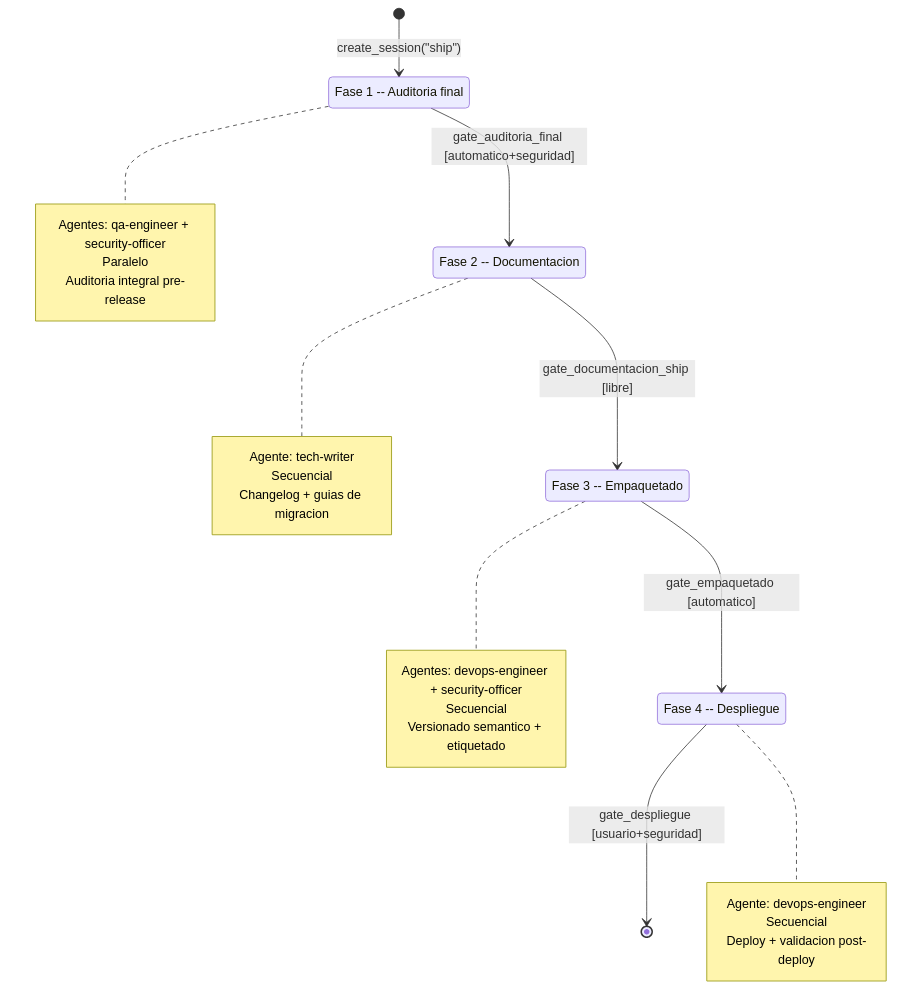
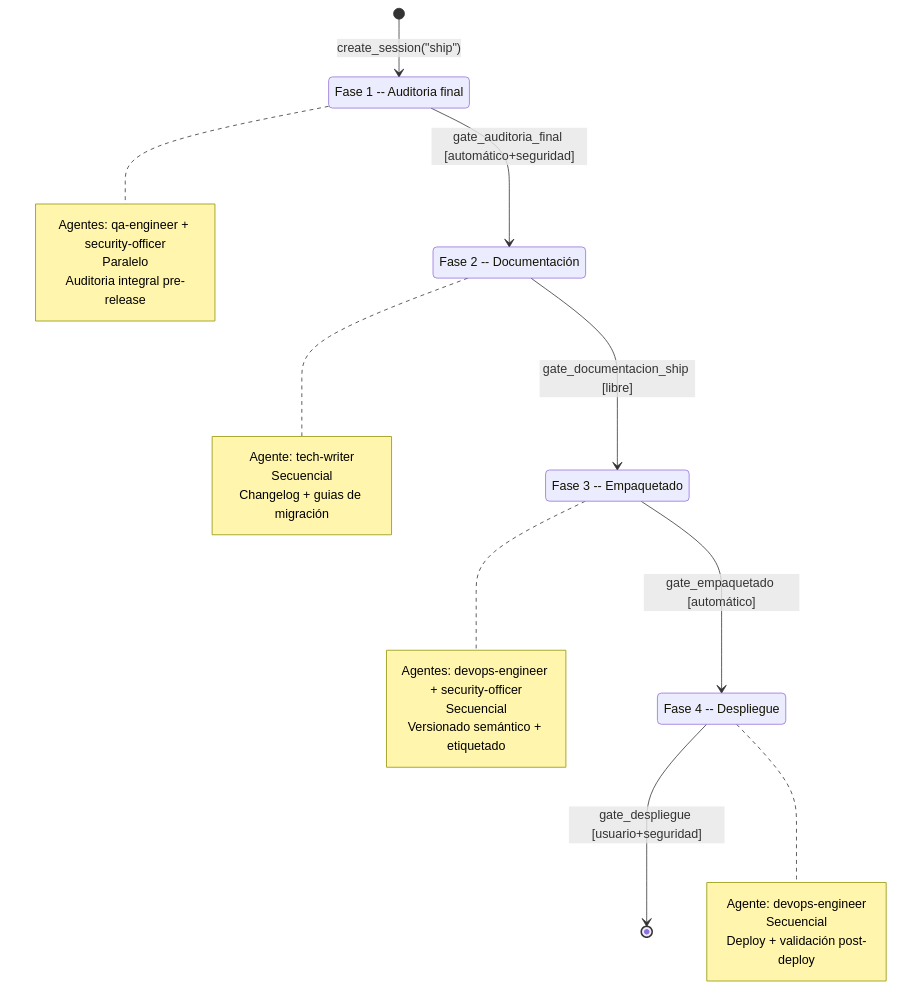
One commit to 686f6c61/alfred-dev changed the fifth of 6 diagrams in docs/flows.md. Above: the diagram before and after it, drawn with Mermaid. The commit also changed other lines of this file and 93 other files, not shown here.

````diff
--- a/docs/flows.md
+++ b/docs/flows.md
@@ -456,40 +456,40 @@
 ```mermaid
 stateDiagram-v2
     direction TB
 
     [*] --> auditoria_final: create_session("ship")
 
     state "Fase 1 -- Auditoria final" as auditoria_final
-    state "Fase 2 -- Documentacion" as documentacion
+    state "Fase 2 -- Documentación" as documentación
     state "Fase 3 -- Empaquetado" as empaquetado
     state "Fase 4 -- Despliegue" as despliegue
 
-    auditoria_final --> documentacion: gate_auditoria_final [automatico+seguridad]
-    documentacion --> empaquetado: gate_documentacion_ship [libre]
-    empaquetado --> despliegue: gate_empaquetado [automatico]
+    auditoria_final --> documentación: gate_auditoria_final [automático+seguridad]
+    documentación --> empaquetado: gate_documentacion_ship [libre]
+    empaquetado --> despliegue: gate_empaquetado [automático]
     despliegue --> [*]: gate_despliegue [usuario+seguridad]
 
     note right of auditoria_final
         Agentes: qa-engineer + security-officer
         Paralelo
         Auditoria integral pre-release
     end note
 
-    note right of documentacion
+    note right of documentación
         Agente: tech-writer
         Secuencial
-        Changelog + guias de migracion
+        Changelog + guias de migración
     end note
 
     note right of empaquetado
         Agentes: devops-engineer + security-officer
         Secuencial
-        Versionado semantico + etiquetado
+        Versionado semántico + etiquetado
     end note
 
     note right of despliegue
         Agente: devops-engineer
         Secuencial
-        Deploy + validacion post-deploy
+        Deploy + validación post-deploy
     end note
 ```
````
